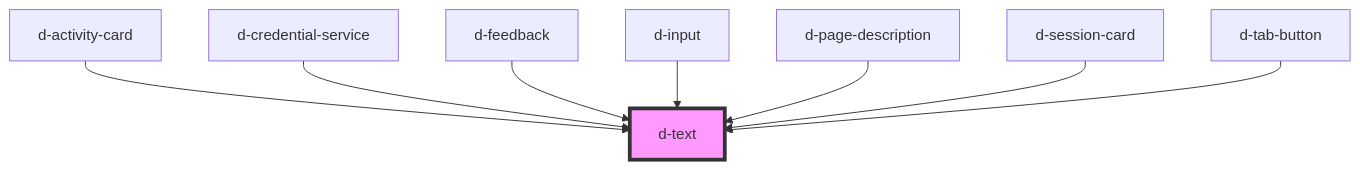
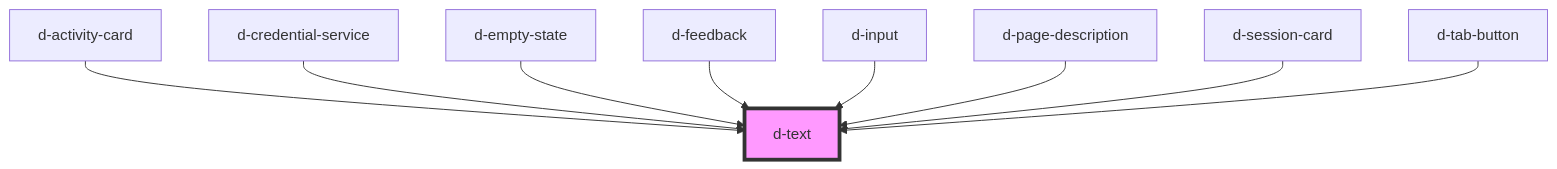
The diagram in src/components/text/readme.md (ForkbombEu/didroom-components), drawn with Mermaid before and after one commit. The commit also changed other lines of this file and 10 other files, not shown here.

````diff
--- a/src/components/text/readme.md
+++ b/src/components/text/readme.md
@@ -29,11 +30,12 @@
 ```mermaid
 graph TD;
   d-activity-card --> d-text
   d-credential-service --> d-text
+  d-empty-state --> d-text
   d-feedback --> d-text
   d-input --> d-text
   d-page-description --> d-text
   d-session-card --> d-text
   d-tab-button --> d-text
   style d-text fill:#f9f,stroke:#333,stroke-width:4px
 ```
````
